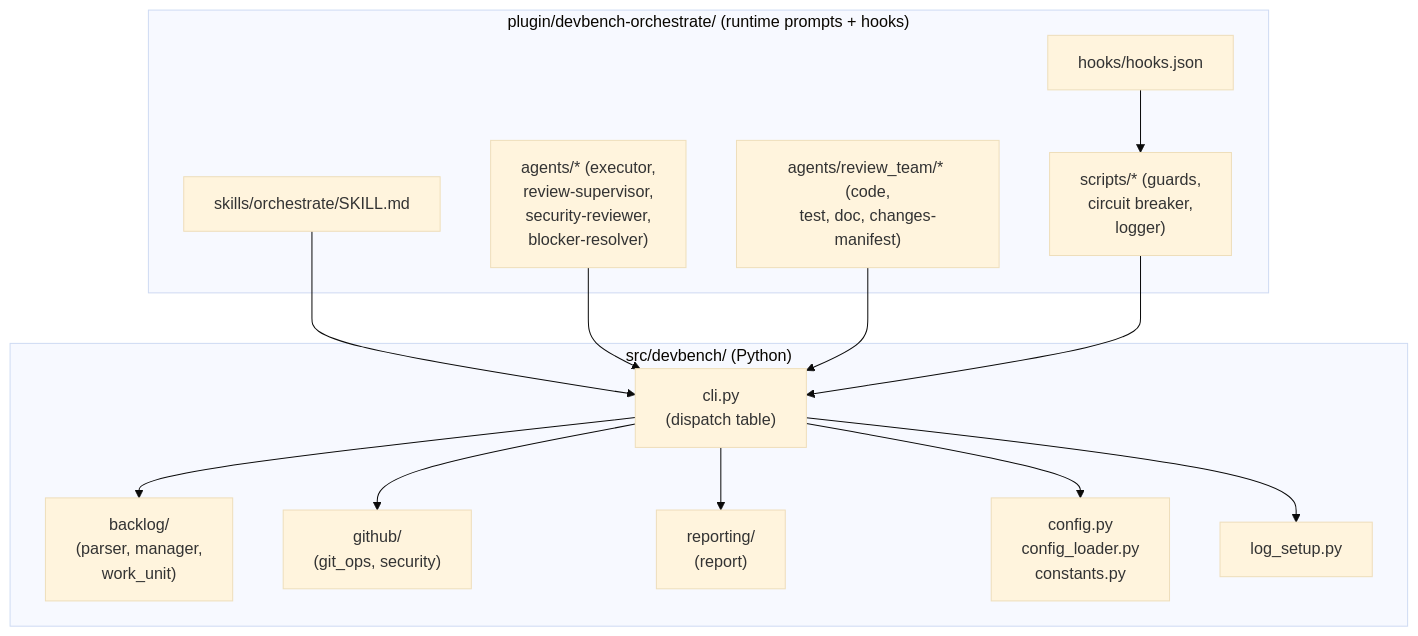
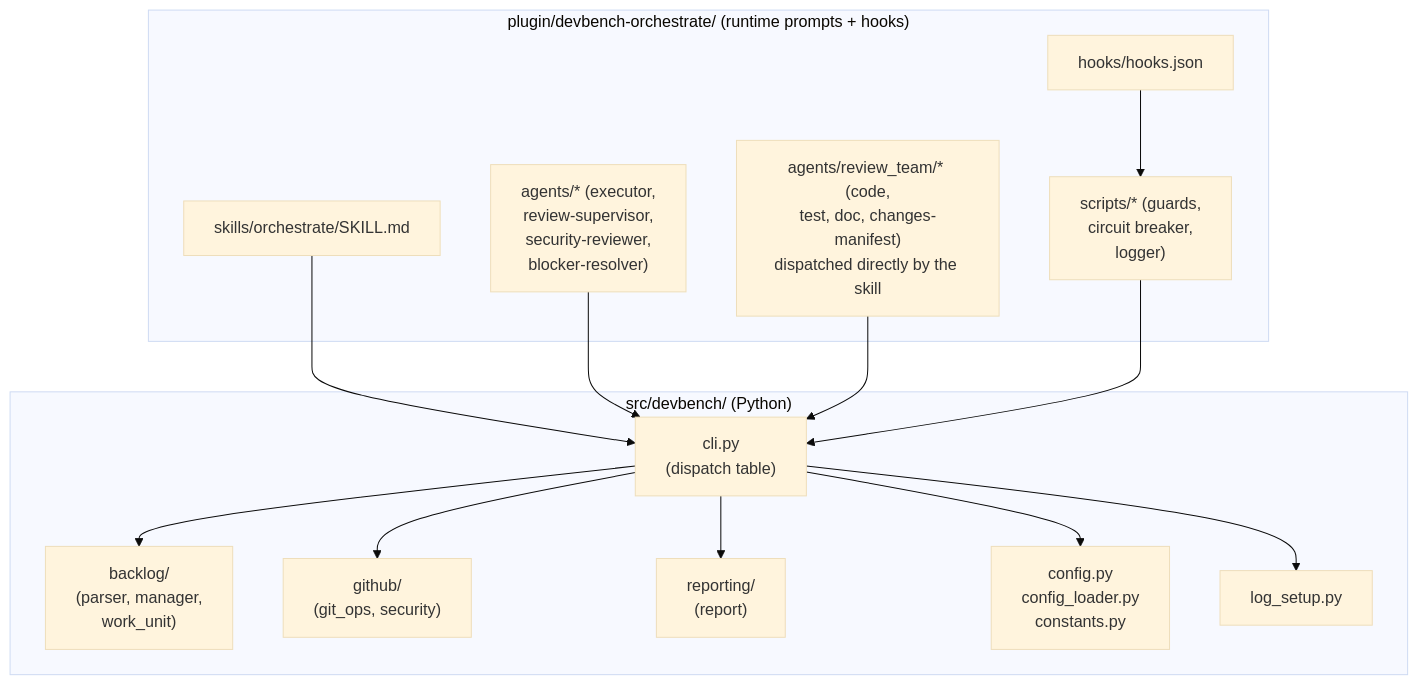
Before and after one commit to caylent-solutions/devbench: the second of 6 diagrams in docs/architecture.md, drawn with Mermaid (base theme). The commit also changed other lines of this file and 19 other files, not shown here.

````diff
--- a/docs/architecture.md
+++ b/docs/architecture.md
@@ -133,30 +133,30 @@
 ```mermaid
 graph TB
   subgraph Plugin["plugin/devbench-orchestrate/ (runtime prompts + hooks)"]
     Skill["skills/orchestrate/SKILL.md"]
     Agents["agents/* (executor,<br/>review-supervisor,<br/>security-reviewer,<br/>blocker-resolver)"]
-    Judges["agents/review_team/* (code,<br/>test, doc, changes-manifest)"]
+    Judges["agents/review_team/* (code,<br/>test, doc, changes-manifest)<br/>dispatched directly by the skill"]
     Hooks["hooks/hooks.json"]
     Scripts["scripts/* (guards,<br/>circuit breaker,<br/>logger)"]
   end
 
   subgraph Source["src/devbench/ (Python)"]
     CLI["cli.py<br/>(dispatch table)"]
     Backlog["backlog/<br/>(parser, manager,<br/>work_unit)"]
     GitHub["github/<br/>(git_ops, security)"]
     Reporting["reporting/<br/>(report)"]
     Config["config.py<br/>config_loader.py<br/>constants.py"]
     Logging["log_setup.py"]
   end
 
   Skill --> CLI
   Agents --> CLI
   Judges --> CLI
   Hooks --> Scripts
   Scripts --> CLI
   CLI --> Backlog
   CLI --> GitHub
   CLI --> Reporting
   CLI --> Config
   CLI --> Logging
 ```
````
